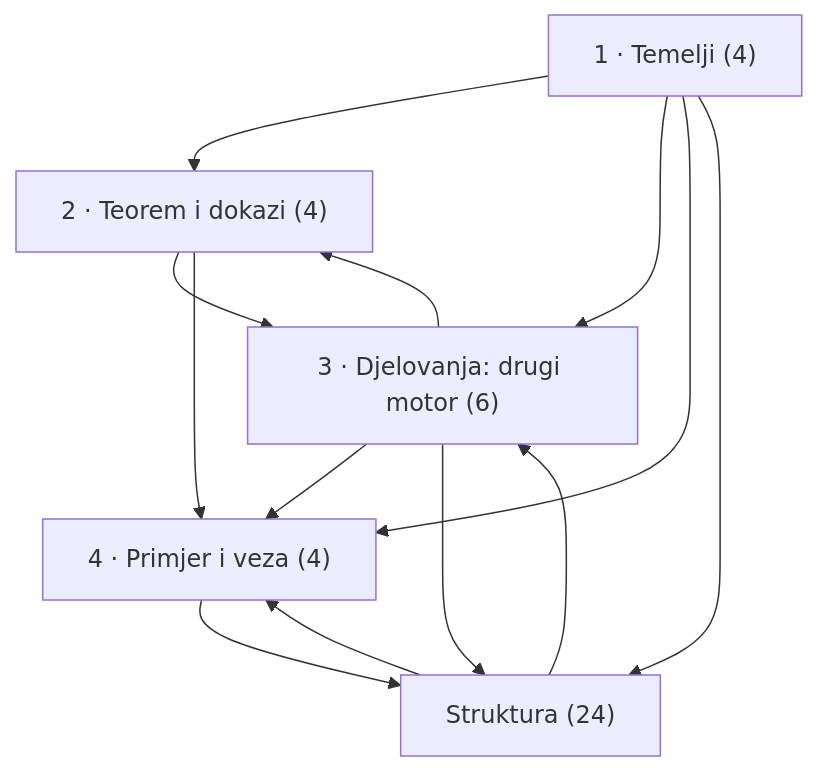
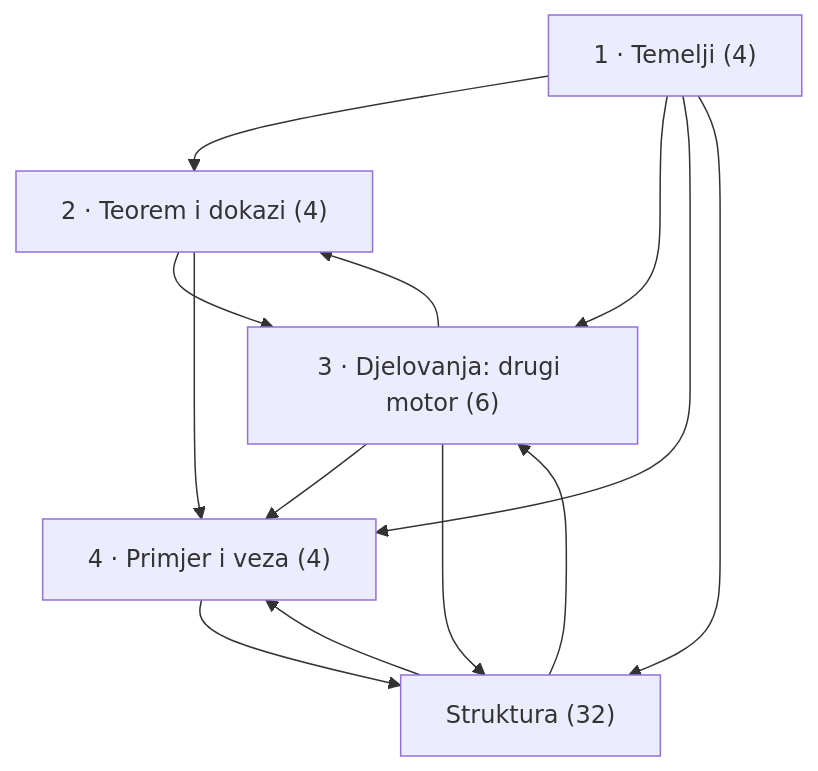
Before and after one commit to matsek-fer/reader: the first of 8 diagrams in examples/mini-vault/views/dag.md, drawn with Mermaid. The commit also changed other lines of this file and 750 other files, not shown here.

````diff
--- a/examples/mini-vault/views/dag.md
+++ b/examples/mini-vault/views/dag.md
@@ -15,20 +15,20 @@
 ```mermaid
 graph TD
     g0["1 · Temelji (4)"]
     g1["2 · Teorem i dokazi (4)"]
     g2["3 · Djelovanja: drugi motor (6)"]
     g3["4 · Primjer i veza (4)"]
-    g4["Struktura (24)"]
+    g4["Struktura (32)"]
     g0 --> g1
     g0 --> g2
     g0 --> g3
     g0 --> g4
     g1 --> g2
     g1 --> g3
     g2 --> g1
     g2 --> g3
     g2 --> g4
     g3 --> g4
     g4 --> g2
     g4 --> g3
 ```
````
